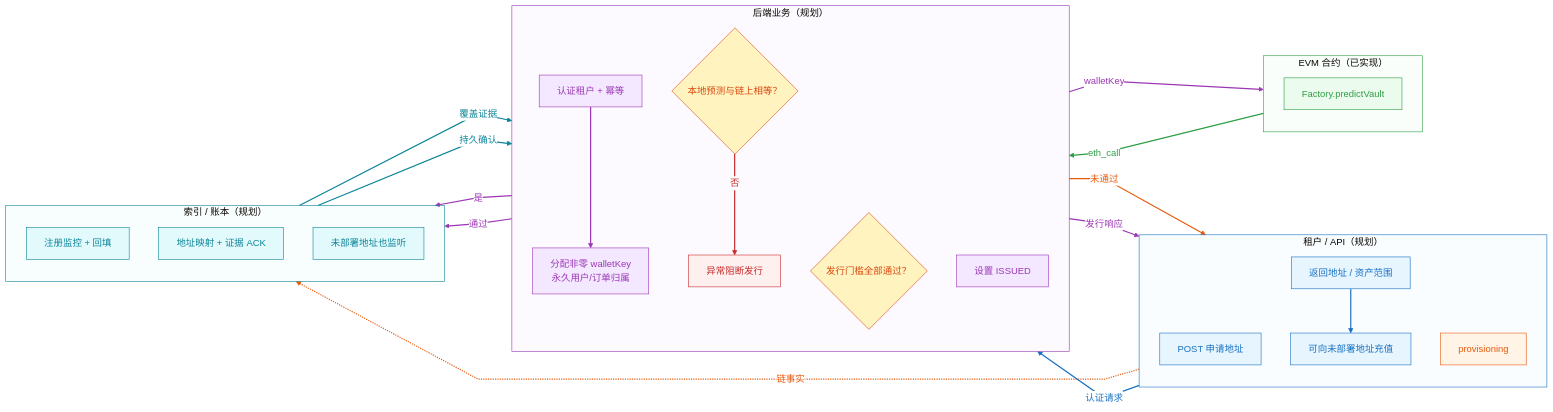
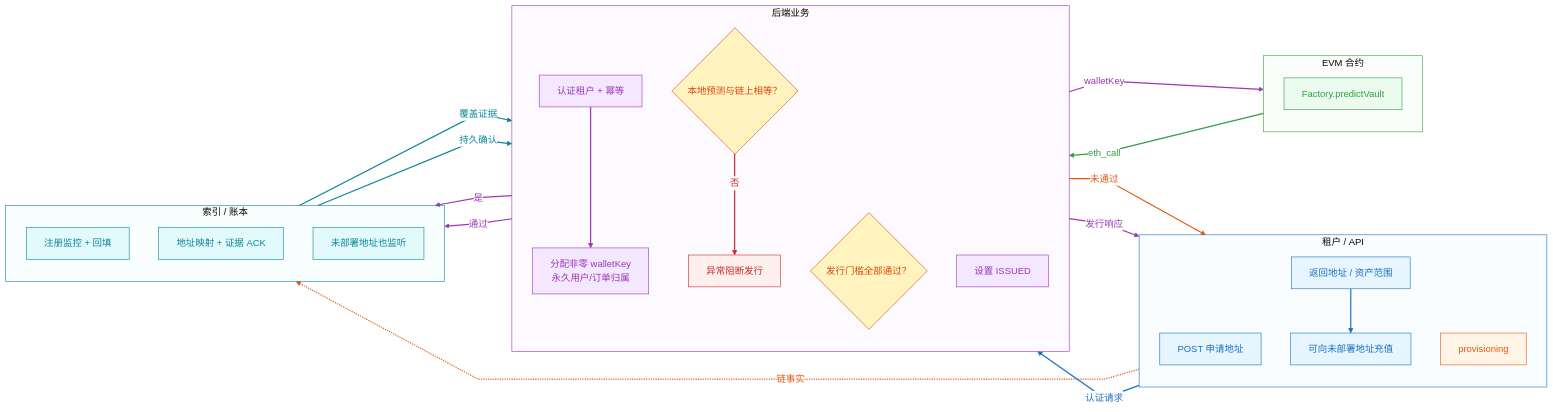
One commit to Alonoril/wallet-platform changed the second of 12 diagrams in docs/contract-multitenant-wallet-design/swimlanes/README.md. Above: the diagram before and after it, drawn with Mermaid. The commit also changed other lines of this file and 39 other files, not shown here.

````diff
--- a/docs/contract-multitenant-wallet-design/swimlanes/README.md
+++ b/docs/contract-multitenant-wallet-design/swimlanes/README.md
@@ -153,74 +153,74 @@
 ```mermaid
 %%{init: {"theme":"base","flowchart":{"curve":"linear"},"themeVariables":{"lineColor":"#1971c2","edgeLabelBackground":"#ffffff"}}}%%
 flowchart LR
-  subgraph API["租户 / API（规划）"]
+  subgraph API["租户 / API"]
     direction TB
     req["POST 申请地址"]
     pending["provisioning"]
     return["返回地址 / 资产范围"]
     deposit["可向未部署地址充值"]
   end
-  subgraph APP["后端业务（规划）"]
+  subgraph APP["后端业务"]
     direction TB
     check["认证租户 + 幂等"]
     allocate["分配非零 walletKey<br>永久用户/订单归属"]
     verify{"本地预测与链上相等？"}
     bad["异常阻断发行"]
     gate{"发行门槛全部通过？"}
     issued["设置 ISSUED"]
   end
-  subgraph EVM["EVM 合约（已实现）"]
+  subgraph EVM["EVM 合约"]
     direction TB
     predict["Factory.predictVault"]
   end
-  subgraph BOOK["索引 / 账本（规划）"]
+  subgraph BOOK["索引 / 账本"]
     direction TB
     watch["注册监控 + 回填"]
     persist["地址映射 + 证据 ACK"]
     observe["未部署地址也监听"]
   end
   req -->|认证请求| check
   check --> allocate
   allocate -->|walletKey| predict
   predict -->|eth_call| verify
   verify -->|否| bad
   verify -->|是| watch
   watch -->|覆盖证据| gate
   gate -->|未通过| pending
   gate -->|通过| persist
   persist -->|持久确认| issued
   issued -->|发行响应| return
   return --> deposit
   deposit -.->|链事实| observe
   classDef api fill:#e7f5ff,stroke:#1971c2,color:#1971c2;
   class req,pending,return,deposit api;
   style API fill:#e7f5ff,stroke:#1971c2,fill-opacity:0.25,stroke-width:1px
   classDef app fill:#f3e8ff,stroke:#9c36b5,color:#9c36b5;
   class check,allocate,verify,bad,gate,issued app;
   style APP fill:#f3e8ff,stroke:#9c36b5,fill-opacity:0.25,stroke-width:1px
   classDef evm fill:#ebfbee,stroke:#2f9e44,color:#2f9e44;
   class predict evm;
   style EVM fill:#ebfbee,stroke:#2f9e44,fill-opacity:0.25,stroke-width:1px
   classDef book fill:#e3fafc,stroke:#0c8599,color:#0c8599;
   class watch,persist,observe book;
   style BOOK fill:#e3fafc,stroke:#0c8599,fill-opacity:0.25,stroke-width:1px
   classDef blocked fill:#fff0f0,stroke:#c92a2a,color:#c92a2a;
   class bad blocked;
   classDef decision fill:#fff3bf,stroke:#d9480f,color:#d9480f;
   class verify,gate decision;
   classDef pending fill:#fff4e6,stroke:#e8590c,color:#e8590c;
   class pending pending;
   linkStyle 0 stroke:#1971c2,color:#1971c2,stroke-width:2px;
   linkStyle 1 stroke:#9c36b5,color:#9c36b5,stroke-width:2px;
   linkStyle 2 stroke:#9c36b5,color:#9c36b5,stroke-width:2px;
   linkStyle 3 stroke:#2f9e44,color:#2f9e44,stroke-width:2px;
   linkStyle 4 stroke:#c92a2a,color:#c92a2a,stroke-width:2px;
   linkStyle 5 stroke:#9c36b5,color:#9c36b5,stroke-width:2px;
   linkStyle 6 stroke:#0c8599,color:#0c8599,stroke-width:2px;
   linkStyle 7 stroke:#e8590c,color:#e8590c,stroke-width:2px;
   linkStyle 8 stroke:#9c36b5,color:#9c36b5,stroke-width:2px;
   linkStyle 9 stroke:#0c8599,color:#0c8599,stroke-width:2px;
   linkStyle 10 stroke:#9c36b5,color:#9c36b5,stroke-width:2px;
   linkStyle 11 stroke:#1971c2,color:#1971c2,stroke-width:2px;
   linkStyle 12 stroke:#e8590c,color:#e8590c,stroke-width:2px;
 ```
````
